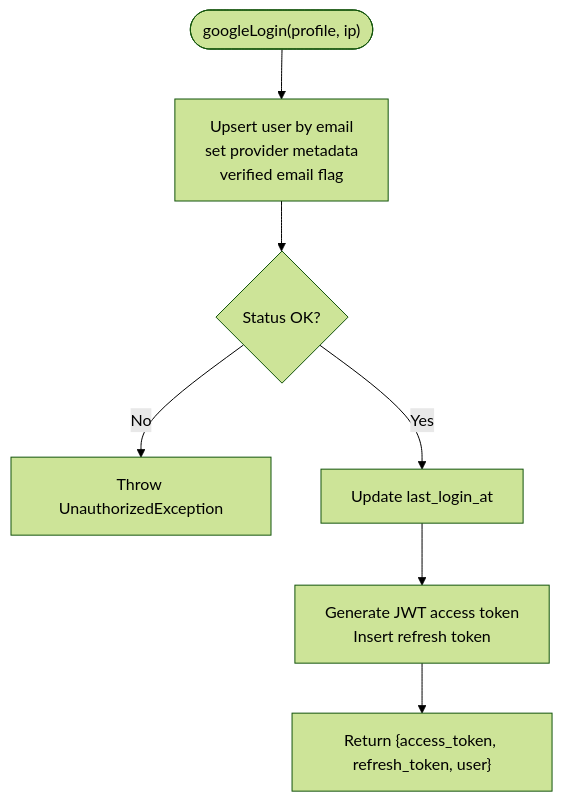
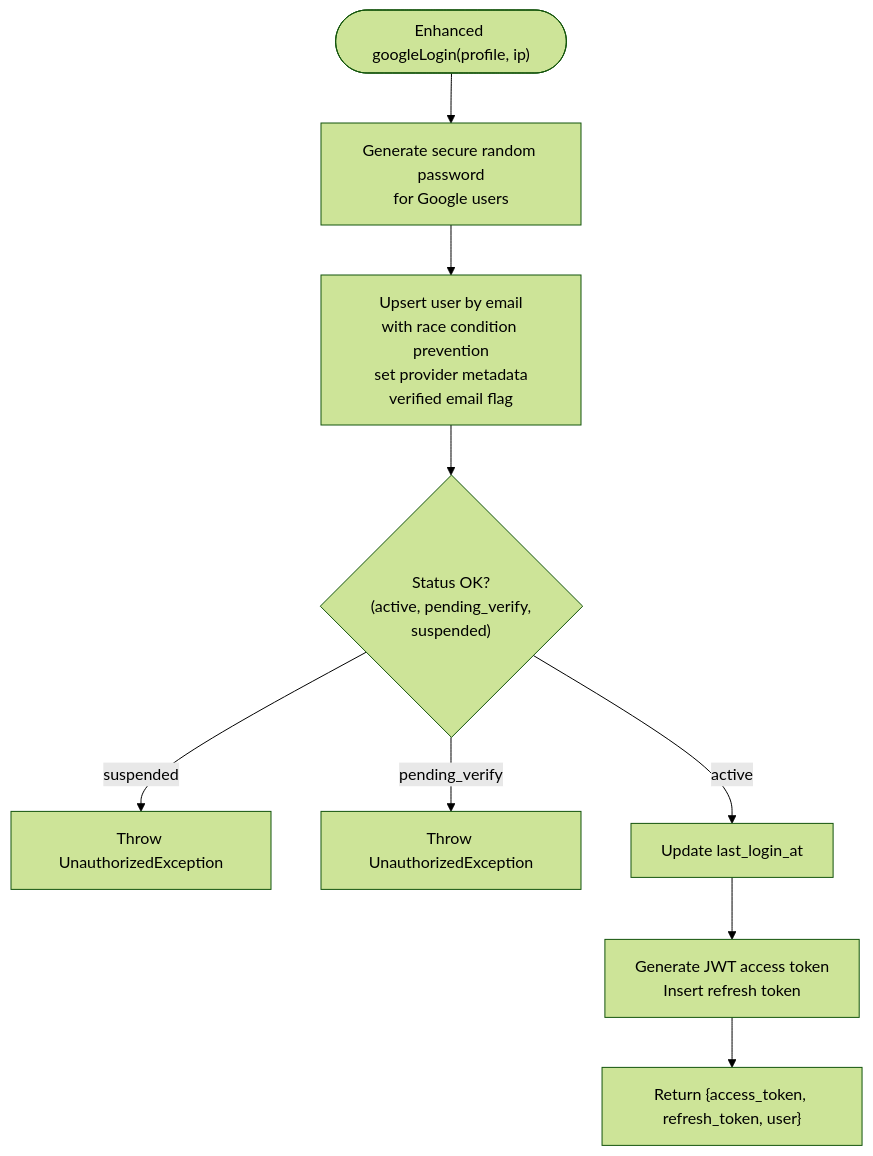
The fifth of 7 diagrams in .qoder/repowiki/en/content/Backend Architecture/Authentication System/Google OAuth Integration.md (devonxjz/MissLost), drawn with Mermaid (forest theme) before and after one commit. The commit also changed other lines of this file and 12 other files, not shown here.

````diff
--- a/.qoder/repowiki/en/content/Backend Architecture/Authentication System/Google OAuth Integration.md
+++ b/.qoder/repowiki/en/content/Backend Architecture/Authentication System/Google OAuth Integration.md
@@ -216,9 +227,11 @@
 ```mermaid
 flowchart TD
-Start(["googleLogin(profile, ip)"]) --> Upsert["Upsert user by email<br/>set provider metadata<br/>verified email flag"]
-Upsert --> StatusCheck{"Status OK?"}
-StatusCheck --> |No| ThrowUnauthorized["Throw UnauthorizedException"]
-StatusCheck --> |Yes| UpdateLastLogin["Update last_login_at"]
+Start(["Enhanced googleLogin(profile, ip)"]) --> GenPassword["Generate secure random password<br/>for Google users"]
+GenPassword --> Upsert["Upsert user by email<br/>with race condition prevention<br/>set provider metadata<br/>verified email flag"]
+Upsert --> StatusCheck{"Status OK?<br/>(active, pending_verify,<br/>suspended)"}
+StatusCheck --> |suspended| ThrowUnauthorized["Throw UnauthorizedException"]
+StatusCheck --> |pending_verify| ThrowPending["Throw UnauthorizedException"]
+StatusCheck --> |active| UpdateLastLogin["Update last_login_at"]
 UpdateLastLogin --> GenTokens["Generate JWT access token<br/>Insert refresh token"]
 GenTokens --> Return["Return {access_token, refresh_token, user}"]
 ```
````
